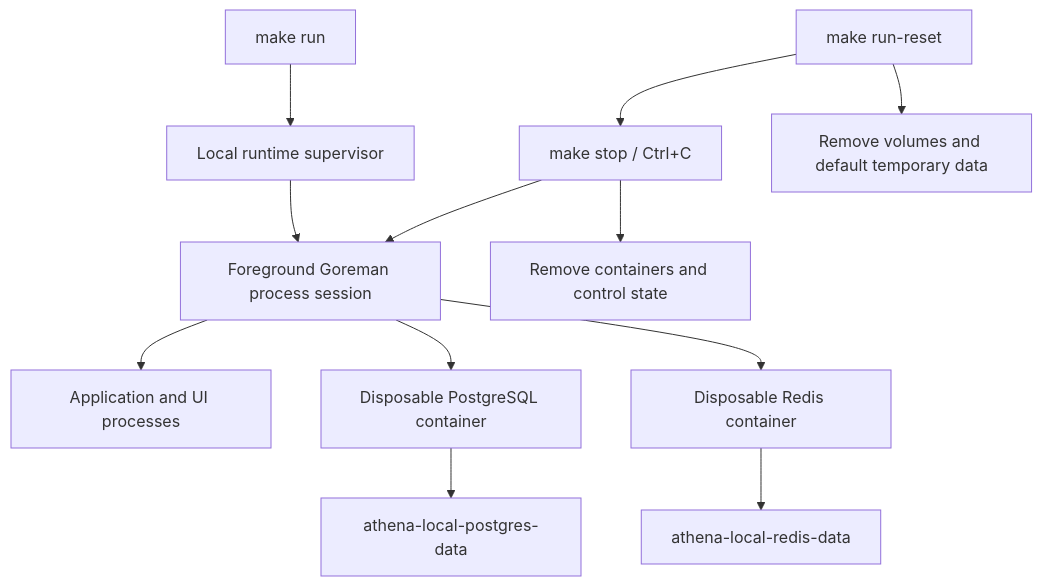
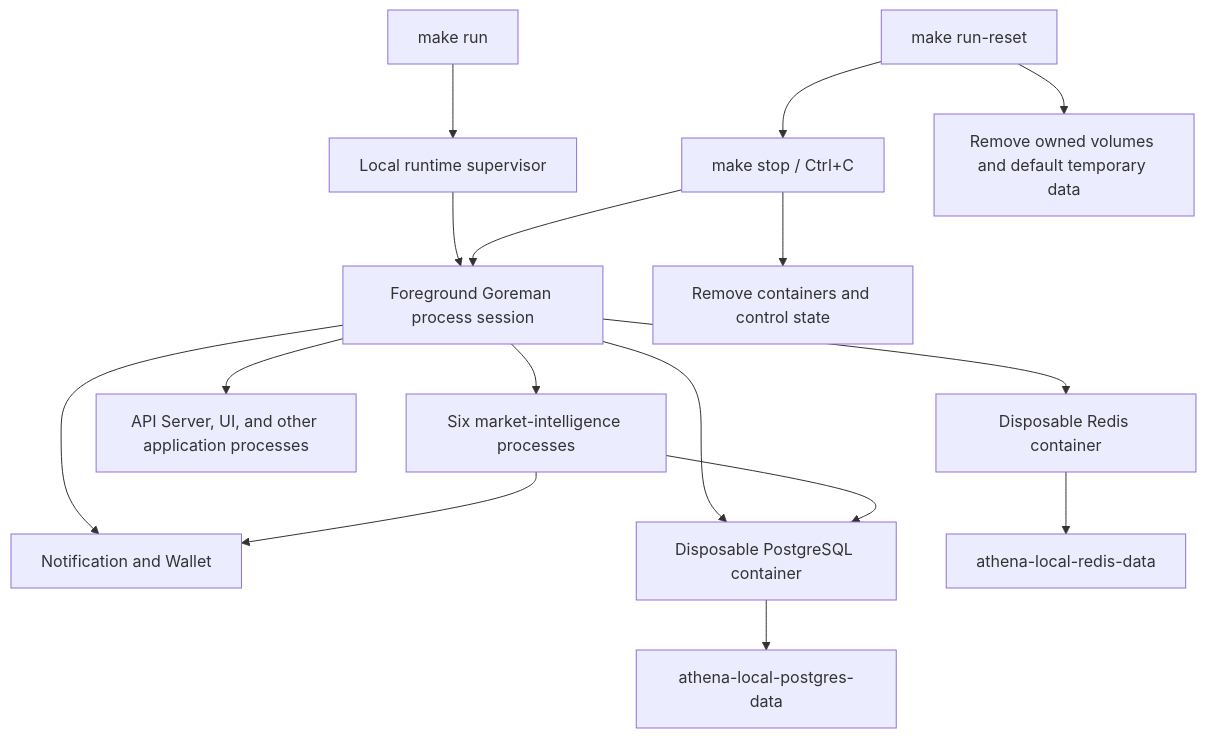
Before and after one commit to useryege/athena-o: the diagram in docs/design/development-runtime/local-runtime-orchestration.md, drawn with Mermaid. The commit also changed other lines of this file and 286 other files, not shown here.

````diff
--- a/docs/design/development-runtime/local-runtime-orchestration.md
+++ b/docs/design/development-runtime/local-runtime-orchestration.md
@@ -23,14 +30,18 @@
 ```mermaid
 flowchart TD
     M["make run"] --> L["Local runtime supervisor"]
     L --> G["Foreground Goreman process session"]
-    G --> A["Application and UI processes"]
+    G --> C["Six market-intelligence processes"]
+    G --> N["Notification and Wallet"]
+    G --> A["API Server, UI, and other application processes"]
     G --> P["Disposable PostgreSQL container"]
     G --> R["Disposable Redis container"]
+    C --> P
+    C --> N
     P --> PV["athena-local-postgres-data"]
     R --> RV["athena-local-redis-data"]
     S["make stop / Ctrl+C"] --> G
-    S --> C["Remove containers and control state"]
-    X["make run-reset"] --> S
-    X --> D["Remove volumes and default temporary data"]
+    S --> X["Remove containers and control state"]
+    Z["make run-reset"] --> S
+    Z --> D["Remove owned volumes and default temporary data"]
 ```
````
